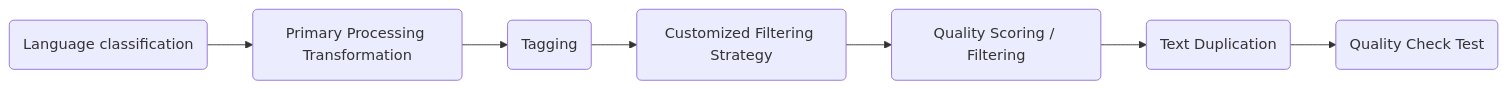
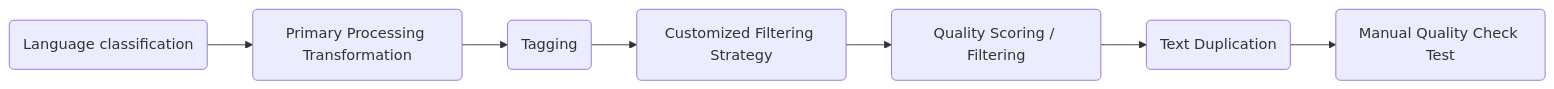
One commit to ChrisZhu2050/chriszhu2050.github.io changed the diagram in docs/llm-essential-training-data.md. Above: the diagram before and after it, drawn with Mermaid. The commit also changed other lines of this file, not shown here.

````diff
--- a/docs/llm-essential-training-data.md
+++ b/docs/llm-essential-training-data.md
@@ -33,5 +33,5 @@
       ```mermaid
          graph LR
-            B("`Language classification  `") --> C("`Primary Processing Transformation`") --> D("`Tagging`")  --> E("`Customized Filtering Strategy`") --> F("`Quality Scoring / Filtering `") --> H("`Text Duplication`")--> I("`Quality Check Test`")
+            B("`Language classification  `") --> C("`Primary Processing Transformation`") --> D("`Tagging`")  --> E("`Customized Filtering Strategy`") --> F("`Quality Scoring / Filtering `") --> H("`Text Duplication`")--> I("`Manual Quality Check Test`")
             click A "#Forward-Transformer"
       ```  
````
